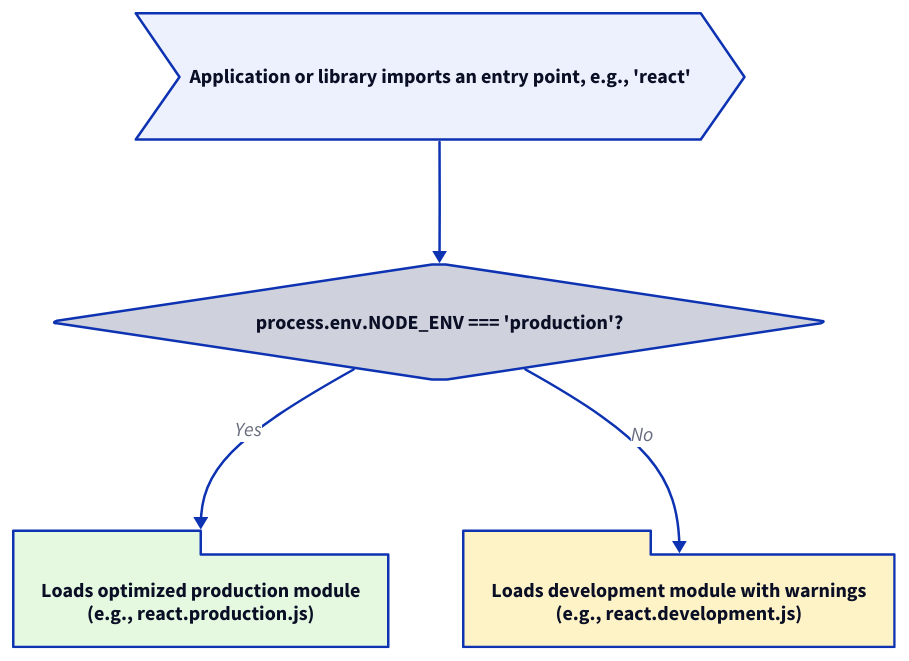
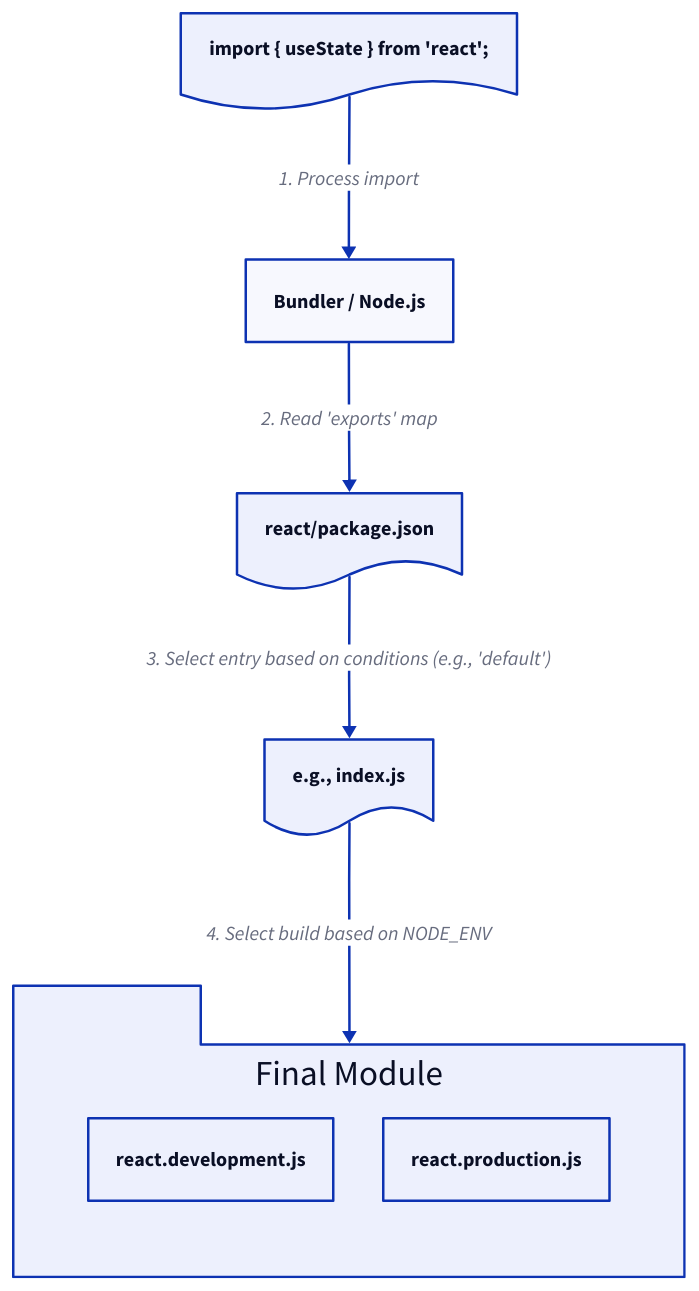
The diagram in packages/react/.aigne/doc-smith/docs/package-exports.md (lban2049/react), drawn with D2 before and after one commit. The commit also changed other lines of this file and 46 other files, not shown here.

````diff
--- a/packages/react/.aigne/doc-smith/docs/package-exports.md
+++ b/packages/react/.aigne/doc-smith/docs/package-exports.md
@@ -39,29 +21,36 @@
 ```d2
 direction: down
 
-"import 'react'": {
-  shape: step
-  label: "Application or library imports an entry point, e.g., 'react'"
+"Your Code": {
+  shape: document
+  label: "import { useState } from 'react';"
 }
 
-"check_env": {
-  shape: diamond
-  label: "process.env.NODE_ENV === 'production'?"
+"Build Tool": {
+  shape: rectangle
+  label: "Bundler / Node.js"
 }
 
-"prod_module": {
-  shape: package
-  label: "Loads optimized production module\n(e.g., react.production.js)"
-  style.fill: "#E5F9E0"
+"package.json": {
+  shape: document
+  label: "react/package.json"
 }
 
-"dev_module": {
-  shape: package
-  label: "Loads development module with warnings\n(e.g., react.development.js)"
-  style.fill: "#FEF3C7"
+"Entry Point Script": {
+  shape: document
+  label: "e.g., index.js"
 }
 
-"import 'react'" -> "check_env"
-"check_env" -> "prod_module": "Yes"
-"check_env" -> "dev_module": "No"
+"Final Module": {
+  shape: package
+  grid-columns: 2
+  "react.development.js": {}
+  "react.production.js": {}
+}
+
+"Your Code" -> "Build Tool": "1. Process import"
+"Build Tool" -> "package.json": "2. Read 'exports' map"
+"package.json" -> "Entry Point Script": "3. Select entry based on conditions (e.g., 'default')"
+"Entry Point Script" -> "Final Module": "4. Select build based on NODE_ENV"
+
 ```
````
